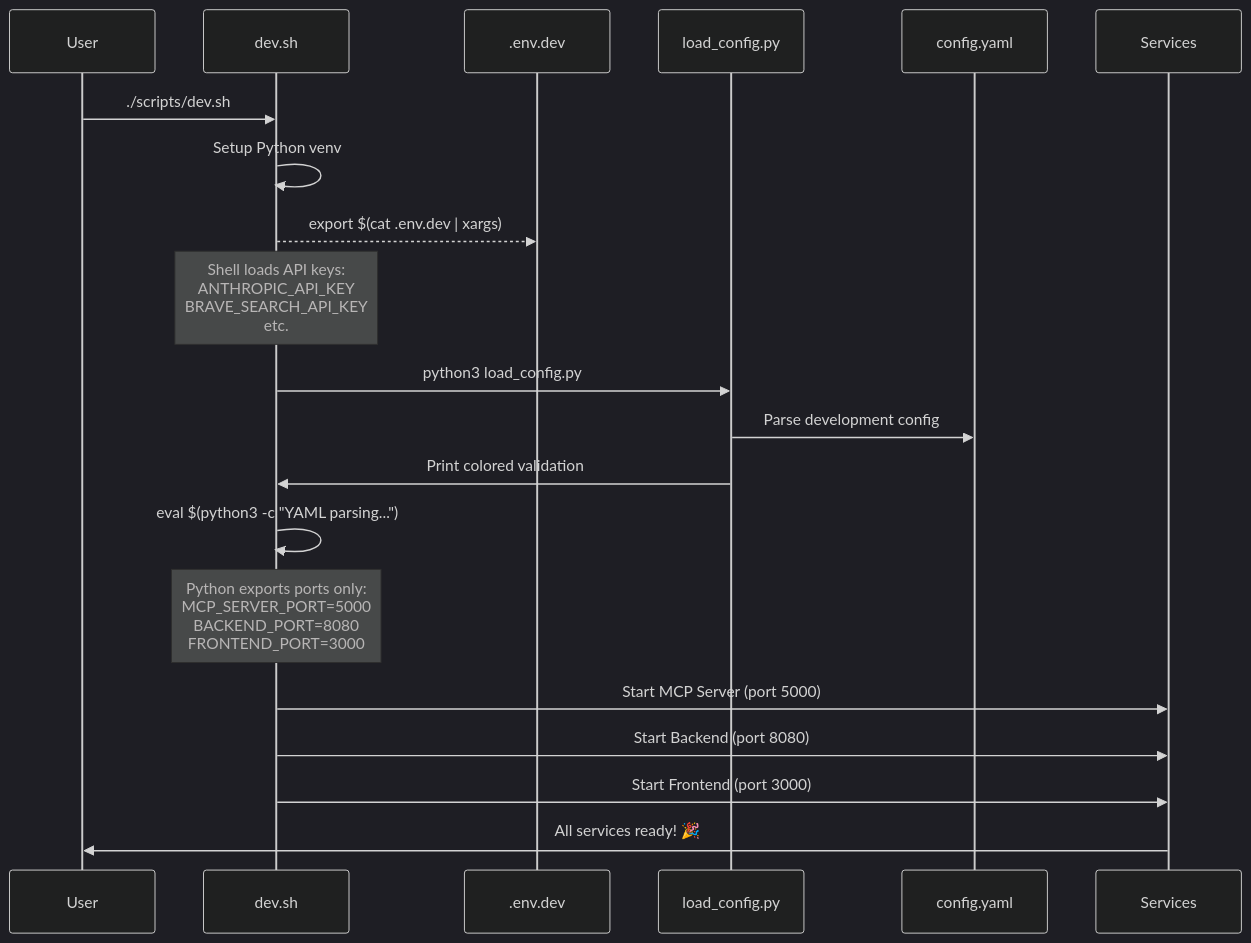
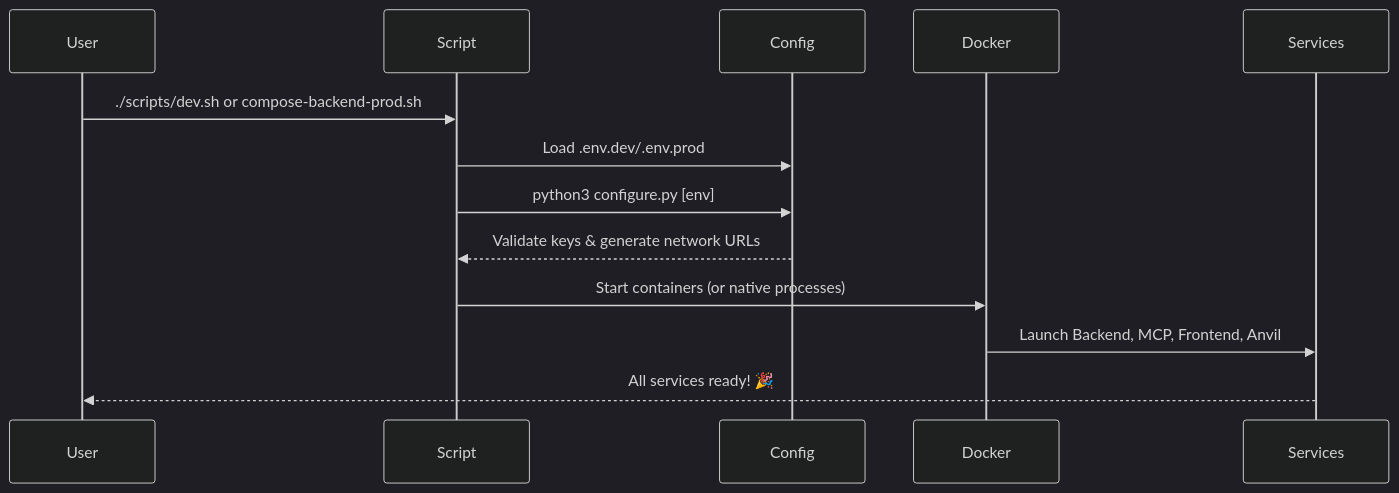
One commit to aomi-labs/product-mono changed the diagram in README.md. Above: the diagram before and after it, drawn with Mermaid (dark theme). The commit also changed other lines of this file and 8 other files, not shown here.

````diff
--- a/README.md
+++ b/README.md
@@ -108,23 +118,16 @@
 ```mermaid
 sequenceDiagram
     participant User
-    participant dev.sh
-    participant .env.dev
-    participant load_config.py
-    participant config.yaml
+    participant Script
+    participant Config
+    participant Docker
     participant Services
 
-    User->>dev.sh: ./scripts/dev.sh
-    dev.sh->>dev.sh: Setup Python venv
-    dev.sh-->>.env.dev: export $(cat .env.dev | xargs)
-    Note over dev.sh: Shell loads API keys:<br/>ANTHROPIC_API_KEY<br/>BRAVE_SEARCH_API_KEY<br/>etc.
-    dev.sh->>load_config.py: python3 load_config.py
-    load_config.py->>config.yaml: Parse development config
-    load_config.py->>dev.sh: Print colored validation
-    dev.sh->>dev.sh: eval $(python3 -c "YAML parsing...")
-    Note over dev.sh: Python exports ports only:<br/>MCP_SERVER_PORT=5000<br/>BACKEND_PORT=8080<br/>FRONTEND_PORT=3000
-    dev.sh->>Services: Start MCP Server (port 5000)
-    dev.sh->>Services: Start Backend (port 8080)
-    dev.sh->>Services: Start Frontend (port 3000)
-    Services->>User: All services ready! 🎉
+    User->>Script: ./scripts/dev.sh or compose-backend-prod.sh
+    Script->>Config: Load .env.dev/.env.prod
+    Script->>Config: python3 configure.py [env]
+    Config-->>Script: Validate keys & generate network URLs
+    Script->>Docker: Start containers (or native processes)
+    Docker->>Services: Launch Backend, MCP, Frontend, Anvil
+    Services-->>User: All services ready! 🎉
 ```
````
